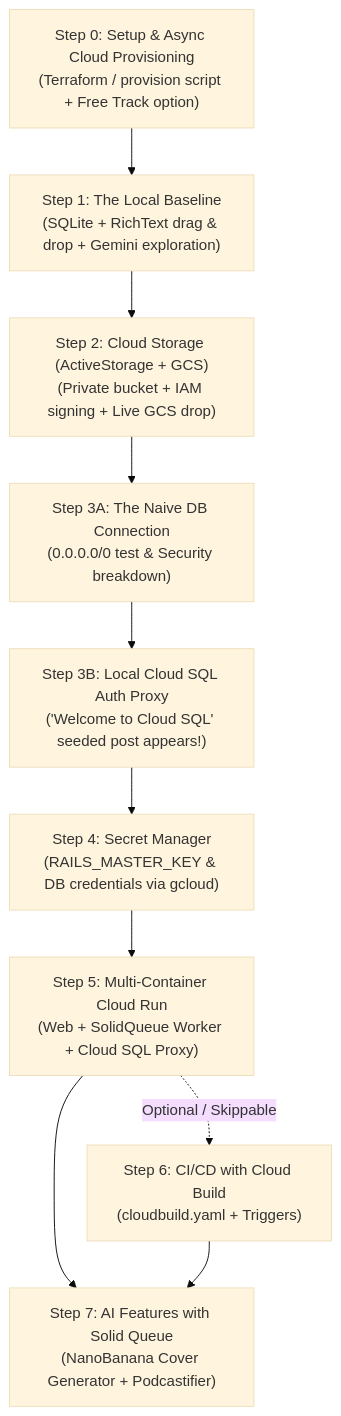
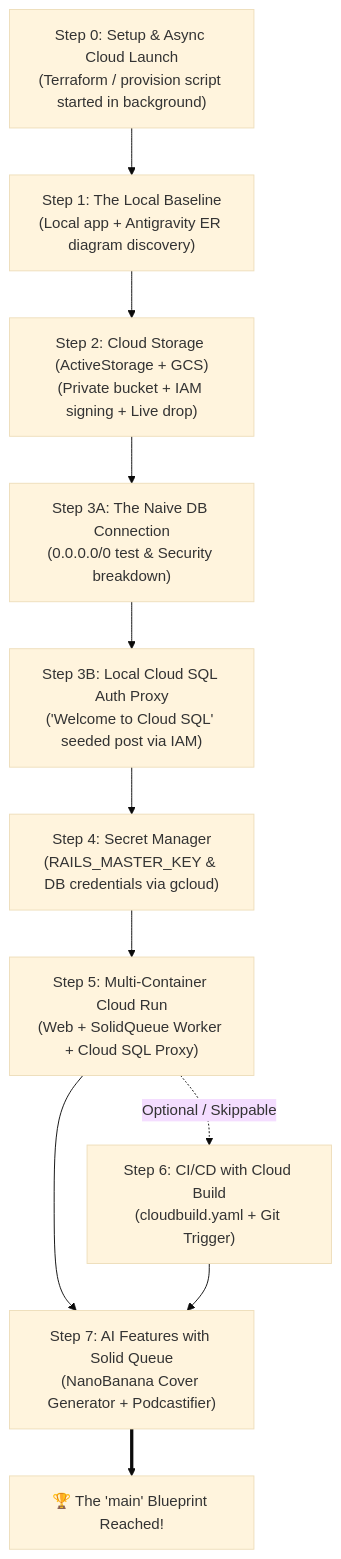
The diagram in workshop/UNTOUCHABLE-CONSTITUTION.md (palladius/rails8-app-on-gcp), drawn with Mermaid (base theme) before and after one commit. The commit also changed other lines of this file and 2 other files, not shown here.

Commit message:
docs: align GEMINI.md and UNTOUCHABLE-CONSTITUTION.md with Dual North Stars

````diff
--- a/workshop/UNTOUCHABLE-CONSTITUTION.md
+++ b/workshop/UNTOUCHABLE-CONSTITUTION.md
@@ -59,12 +74,13 @@
 ```mermaid
 flowchart TD
-    S0["Step 0: Setup & Async Cloud Provisioning<br/>(Terraform / provision script + Free Track option)"] --> S1["Step 1: The Local Baseline<br/>(SQLite + RichText drag & drop + Gemini exploration)"]
-    S1 --> S2["Step 2: Cloud Storage (ActiveStorage + GCS)<br/>(Private bucket + IAM signing + Live GCS drop)"]
+    S0["Step 0: Setup & Async Cloud Launch<br/>(Terraform / provision script started in background)"] --> S1["Step 1: The Local Baseline<br/>(Local app + Antigravity ER diagram discovery)"]
+    S1 --> S2["Step 2: Cloud Storage (ActiveStorage + GCS)<br/>(Private bucket + IAM signing + Live drop)"]
     S2 --> S3A["Step 3A: The Naive DB Connection<br/>(0.0.0.0/0 test & Security breakdown)"]
-    S3A --> S3B["Step 3B: Local Cloud SQL Auth Proxy<br/>('Welcome to Cloud SQL' seeded post appears!)"]
+    S3A --> S3B["Step 3B: Local Cloud SQL Auth Proxy<br/>('Welcome to Cloud SQL' seeded post via IAM)"]
     S3B --> S4["Step 4: Secret Manager<br/>(RAILS_MASTER_KEY & DB credentials via gcloud)"]
     S4 --> S5["Step 5: Multi-Container Cloud Run<br/>(Web + SolidQueue Worker + Cloud SQL Proxy)"]
-    S5 -.->|Optional / Skippable| S6["Step 6: CI/CD with Cloud Build<br/>(cloudbuild.yaml + Triggers)"]
+    S5 -.->|Optional / Skippable| S6["Step 6: CI/CD with Cloud Build<br/>(cloudbuild.yaml + Git Trigger)"]
     S5 --> S7["Step 7: AI Features with Solid Queue<br/>(NanoBanana Cover Generator + Podcastifier)"]
     S6 --> S7
+    S7 ==> MAIN["🏆 The 'main' Blueprint Reached!"]
 ```
````
